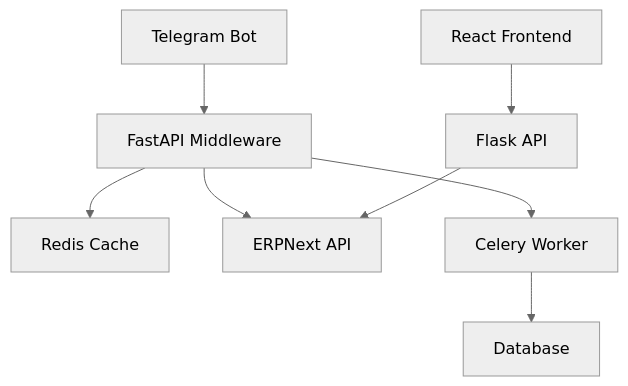
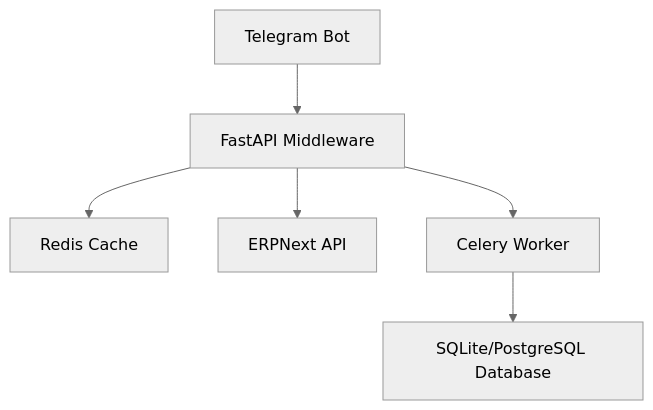
Before and after one commit to qqUber/ErpGreeHouse: the diagram in README.md, drawn with Mermaid (neutral theme). The commit also changed other lines of this file and 390 other files, not shown here.

````diff
--- a/README.md
+++ b/README.md
@@ -26,10 +89,8 @@
 ```mermaid
 graph TD
     A[Telegram Bot] --> B[FastAPI Middleware]
     B --> C[Redis Cache]
     B --> D[ERPNext API]
     B --> E[Celery Worker]
-    E --> F[Database]
-    G[React Frontend] --> H[Flask API]
-    H --> D
+    E --> F[SQLite/PostgreSQL Database]
 ```
````
